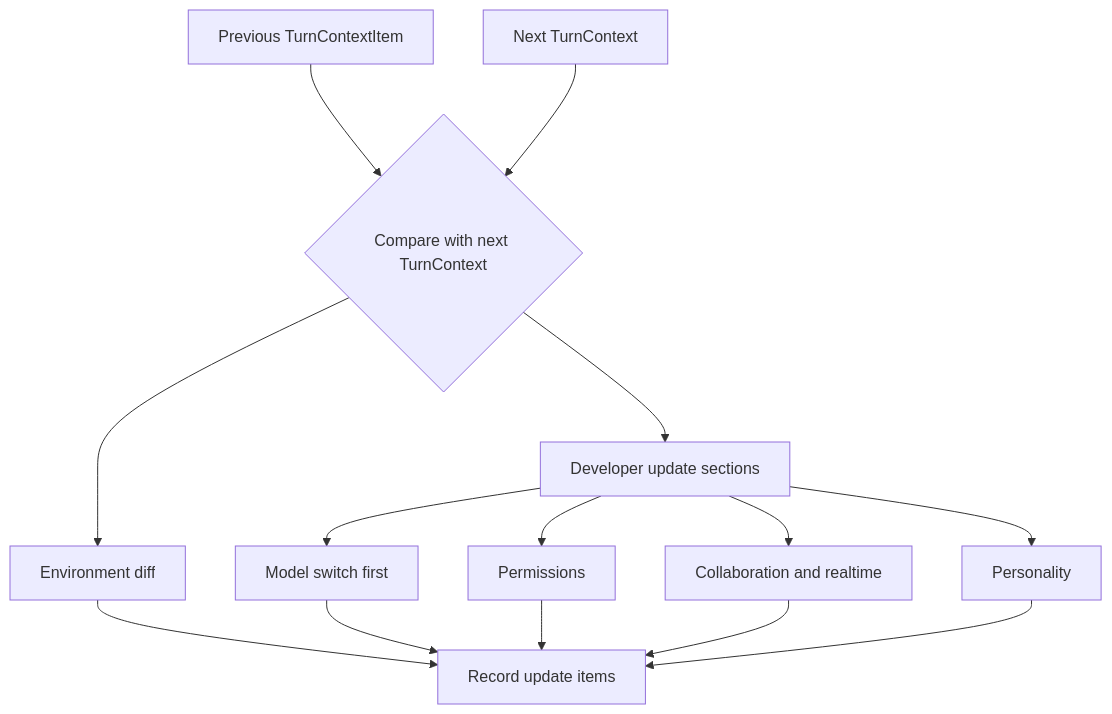
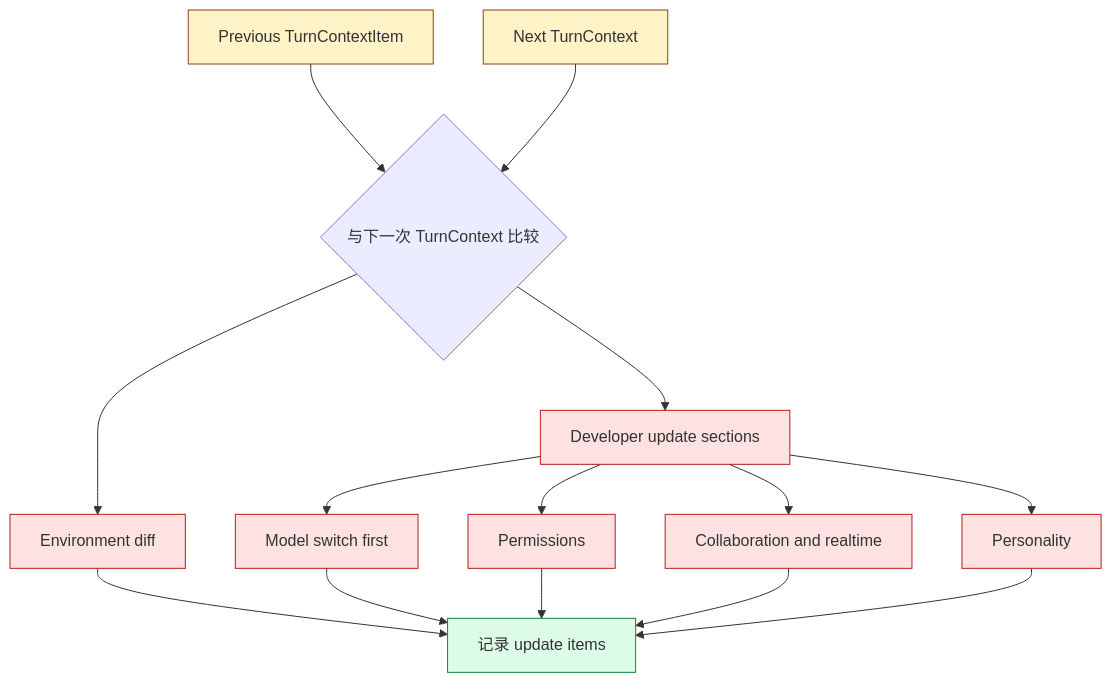
One commit to WineChord/books changed the second of 2 diagrams in docs/zh/codex-context-management/chapter-04.md. Above: the diagram before and after it, drawn with Mermaid. The commit also changed other lines of this file and 21 other files, not shown here.

````diff
--- a/docs/zh/codex-context-management/chapter-04.md
+++ b/docs/zh/codex-context-management/chapter-04.md
@@ -48,16 +107,22 @@
 ```mermaid
 flowchart TD
-  A[Previous TurnContextItem] --> C{Compare with next TurnContext}
+  A[Previous TurnContextItem] --> C{与下一次 TurnContext 比较}
   B[Next TurnContext] --> C
   C --> D[Environment diff]
   C --> E[Developer update sections]
   E --> F[Model switch first]
   E --> G[Permissions]
   E --> H[Collaboration and realtime]
   E --> I[Personality]
-  D --> J[Record update items]
+  D --> J[记录 update items]
   F --> J
   G --> J
   H --> J
   I --> J
+  classDef start fill:#fef3c7,stroke:#92400e;
+  classDef diff fill:#fee2e2,stroke:#b91c1c;
+  classDef record fill:#dcfce7,stroke:#15803d;
+  class A,B start;
+  class D,E,F,G,H,I diff;
+  class J record;
 ```
````
